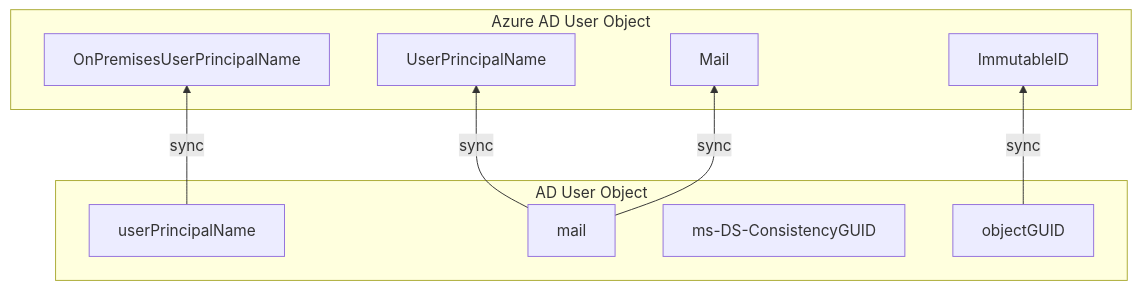
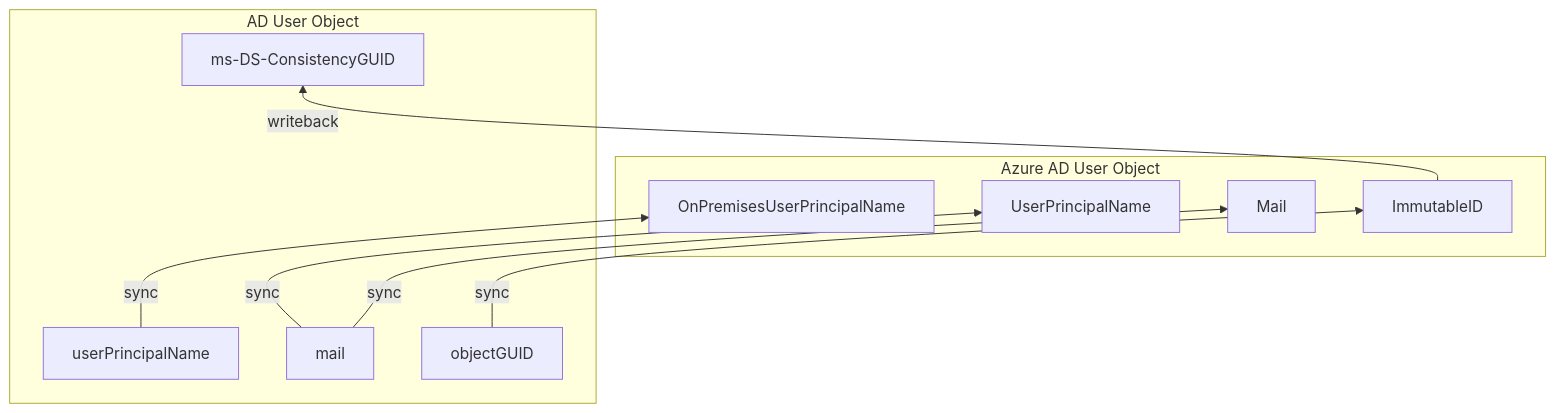
The diagram in doc/AAD-CertificateBasedAuthentication-DODPKI.md (amasse3/AzureAD-Baseline-MLZ), drawn with Mermaid before and after one commit.

Commit message:
try writeback flow

`````diff
--- a/doc/AAD-CertificateBasedAuthentication-DODPKI.md
+++ b/doc/AAD-CertificateBasedAuthentication-DODPKI.md
@@ -28,19 +28,20 @@
 ````mermaid
 flowchart BT
     subgraph Azure AD User Object
     UserPrincipalName
     OnPremisesUserPrincipalName
     Mail
     ImmutableID
     end
     subgraph AD User Object
     userPrincipalName
     mail
     ms-DS-ConsistencyGUID
     objectGUID
     end
     userPrincipalName-->|sync|OnPremisesUserPrincipalName
     mail-->|sync|UserPrincipalName
     mail-->|sync|Mail
     objectGUID-->|sync|ImmutableID
+    ImmutableID-->|writeback|ms-DS-ConsistencyGUID
 ````
`````
